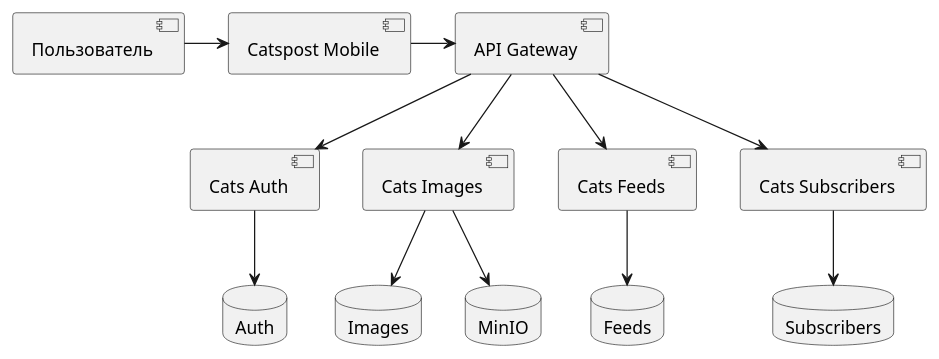
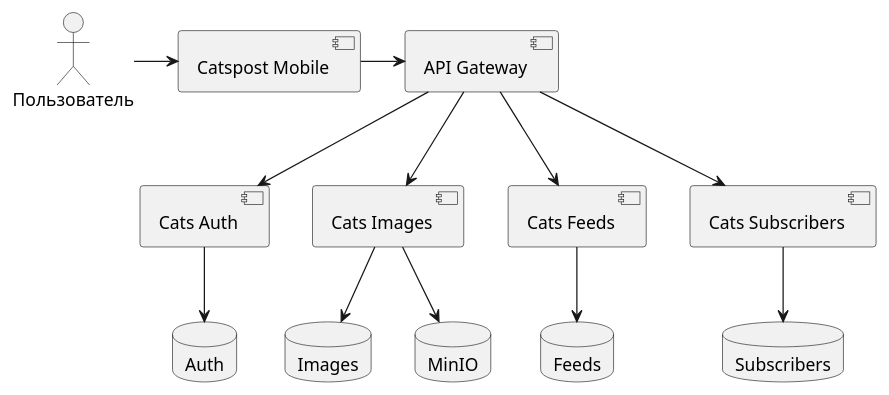
Before and after one commit to nikitcat/requirements.github.io: the diagram in src/docs/asciidoc/uml/components/components.puml, drawn with PlantUML. The commit also changed 3 other files, not shown here.

```diff
--- a/src/docs/asciidoc/uml/components/components.puml
+++ b/src/docs/asciidoc/uml/components/components.puml
@@ -1,27 +1,27 @@
 @startuml
 
-component "Пользователь" as User
+actor "Пользователь" as User
 component "Catspost Mobile" as CatspostApp
 component "API Gateway" as APIGateway
 component "Cats Auth" as CatsAuth
 component "Cats Images" as CatsImages
 component "Cats Feeds" as CatsFeeds
 component "Cats Subscribers" as CatsSubscribers
 database "Auth" as auth
 database "Images" as images
 database "Feeds" as feeds
 database "Subscribers" as sub
 database "MinIO" as MinIO
 
 User -> CatspostApp
 CatspostApp -> APIGateway
 APIGateway --> CatsAuth
 APIGateway --> CatsImages
 APIGateway --> CatsFeeds
 APIGateway --> CatsSubscribers
 CatsImages --> MinIO
 CatsImages --> images
 CatsFeeds --> feeds
 CatsAuth --> auth
 CatsSubscribers --> sub
 @enduml
```
